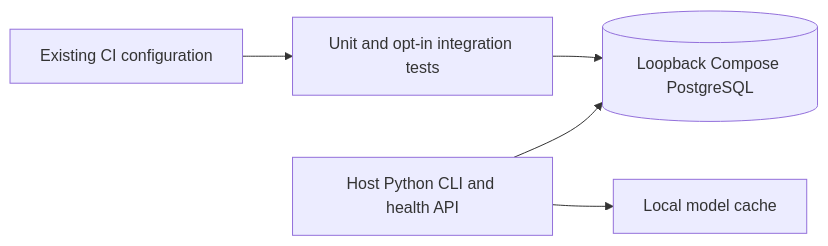
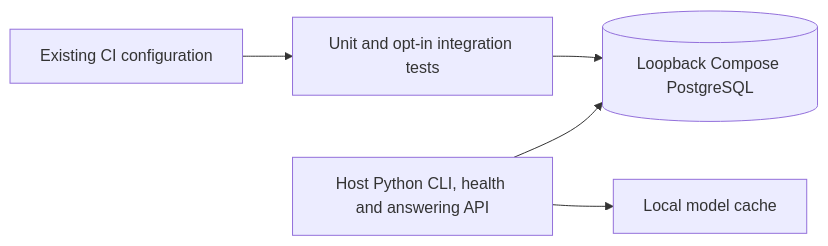
Before and after one commit to venkatakgonela/rag-audit-demo: the second of 6 diagrams in docs/ARCHITECTURE.md, drawn with Mermaid. The commit also changed other lines of this file and 10 other files, not shown here.

````diff
--- a/docs/ARCHITECTURE.md
+++ b/docs/ARCHITECTURE.md
@@ -32,7 +33,7 @@
 ```mermaid
 flowchart LR
-    host["Host Python CLI and health API"] --> database[("Loopback Compose PostgreSQL")]
+    host["Host Python CLI, health and answering API"] --> database[("Loopback Compose PostgreSQL")]
     host --> cache["Local model cache"]
     tests["Unit and opt-in integration tests"] --> database
     ci["Existing CI configuration"] --> tests
 ```
````
